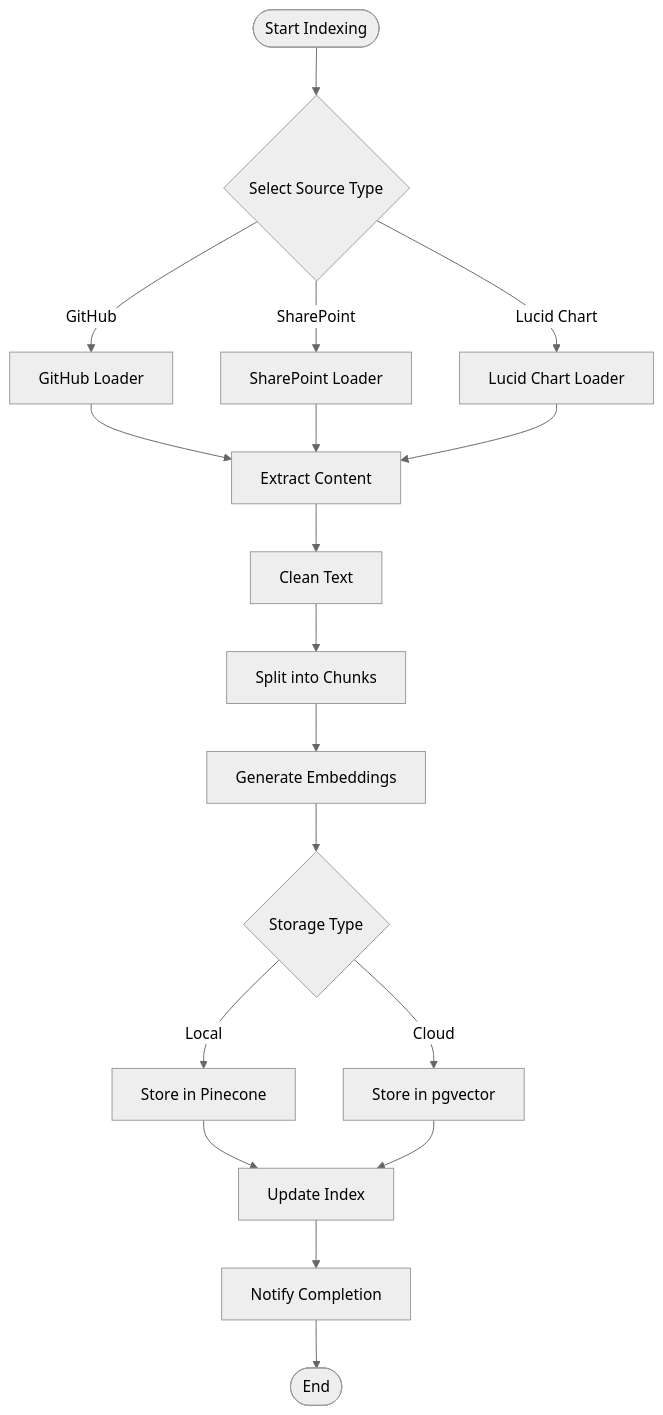
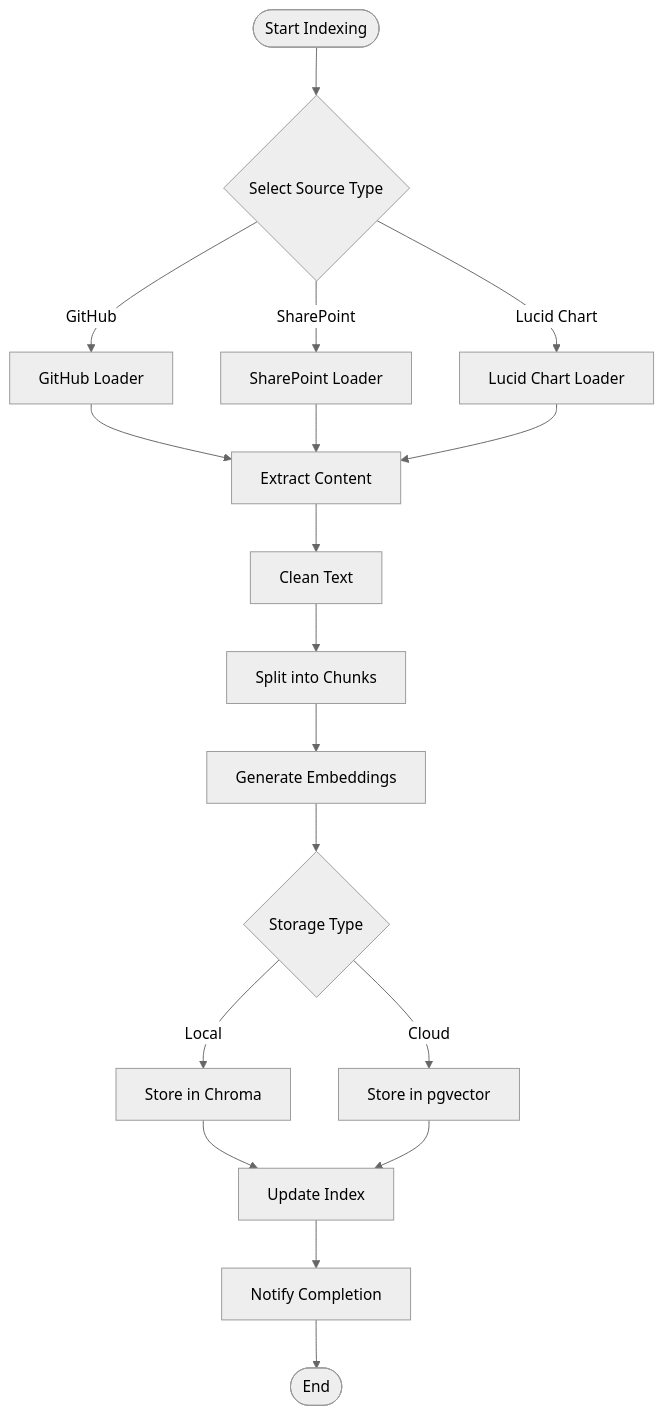
Before and after one commit to anhhai680/knowledge-base-agent: the third of 3 diagrams in .github/docs/implementation.md, drawn with Mermaid (neutral theme). The commit also changed other lines of this file, not shown here.

Commit message:
Refactor Knowledge Base Agent to support Chroma vector store and Gemini LLM integration

````diff
--- a/.github/docs/implementation.md
+++ b/.github/docs/implementation.md
@@ -130,26 +130,26 @@
 ```mermaid
 flowchart TD
     START([Start Indexing]) --> SOURCE{Select Source Type}
     
     SOURCE -->|GitHub| GH[GitHub Loader]
     SOURCE -->|SharePoint| SP[SharePoint Loader]
     SOURCE -->|Lucid Chart| LC[Lucid Chart Loader]
     
     GH --> EXTRACT[Extract Content]
     SP --> EXTRACT
     LC --> EXTRACT
     
     EXTRACT --> CLEAN[Clean Text]
     CLEAN --> CHUNK[Split into Chunks]
     CHUNK --> EMBED[Generate Embeddings]
     
     EMBED --> STORE{Storage Type}
-    STORE -->|Local| PINECONE[Store in Pinecone]
+    STORE -->|Local| CHROMA[Store in Chroma]
     STORE -->|Cloud| PGVECTOR[Store in pgvector]
     
-    PINECONE --> INDEX[Update Index]
+    CHROMA --> INDEX[Update Index]
     PGVECTOR --> INDEX
     
     INDEX --> NOTIFY[Notify Completion]
     NOTIFY --> END([End])
 ```
````
